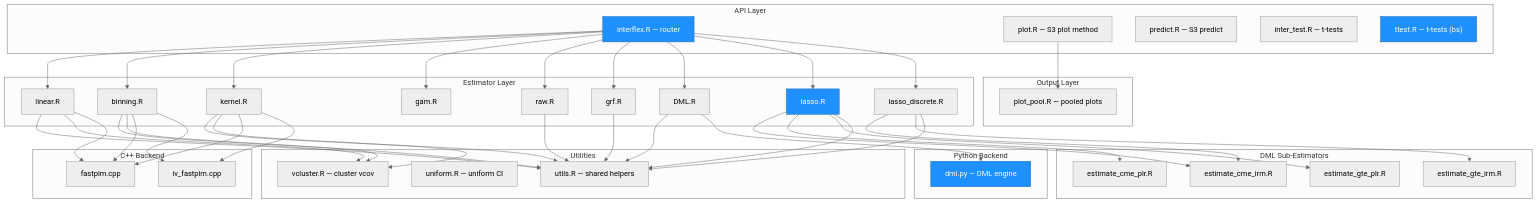
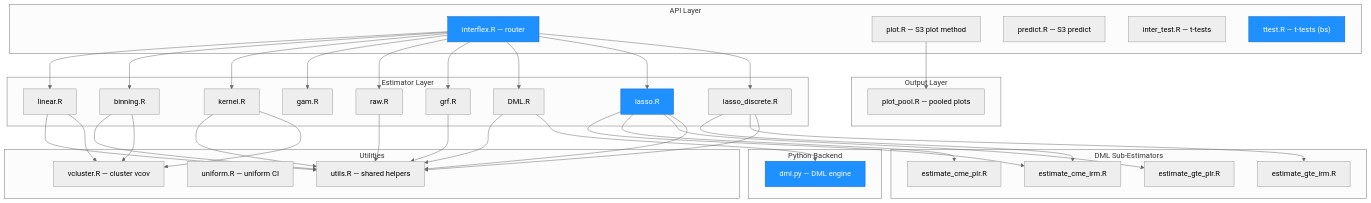
The first of 4 diagrams in architecture.md (xuyiqing/interflex), drawn with Mermaid before and after one commit. The commit also changed other lines of this file and 8 other files, not shown here.

```diff
--- a/architecture.md
+++ b/architecture.md
@@ -55,11 +55,6 @@
         DMLPY["dml.py — DML engine"]
     end
 
-    subgraph Cpp["C++ Backend"]
-        FPM["fastplm.cpp"]
-        IVF["iv_fastplm.cpp"]
-    end
-
     IFX --> LIN
     IFX --> BIN
     IFX --> KER
@@ -86,11 +81,6 @@
     BIN --> VCL
     LIN --> VCL
     KER --> VCL
-    BIN --> FPM
-    KER --> FPM
-    LIN --> FPM
-    BIN --> IVF
-    KER --> IVF
     DML --> DMLPY
 
     style IFX fill:#1e90ff,stroke:#1565c0,color:#fff
```
